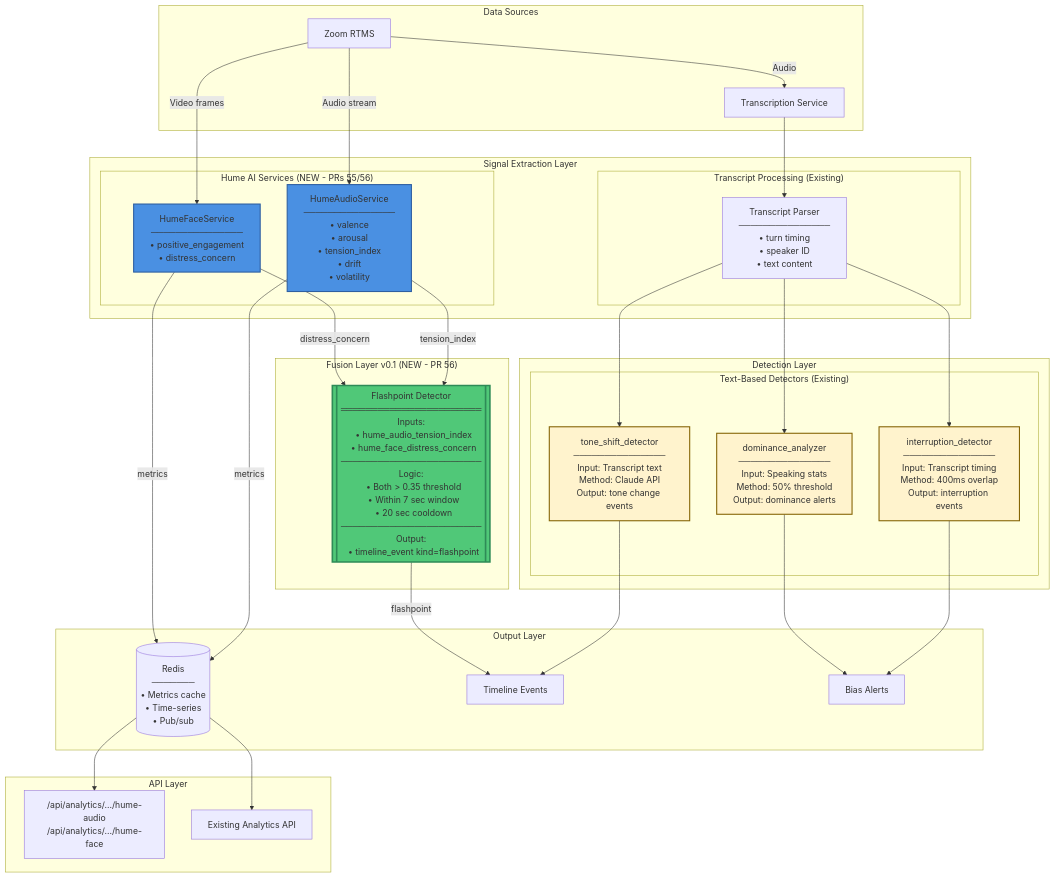
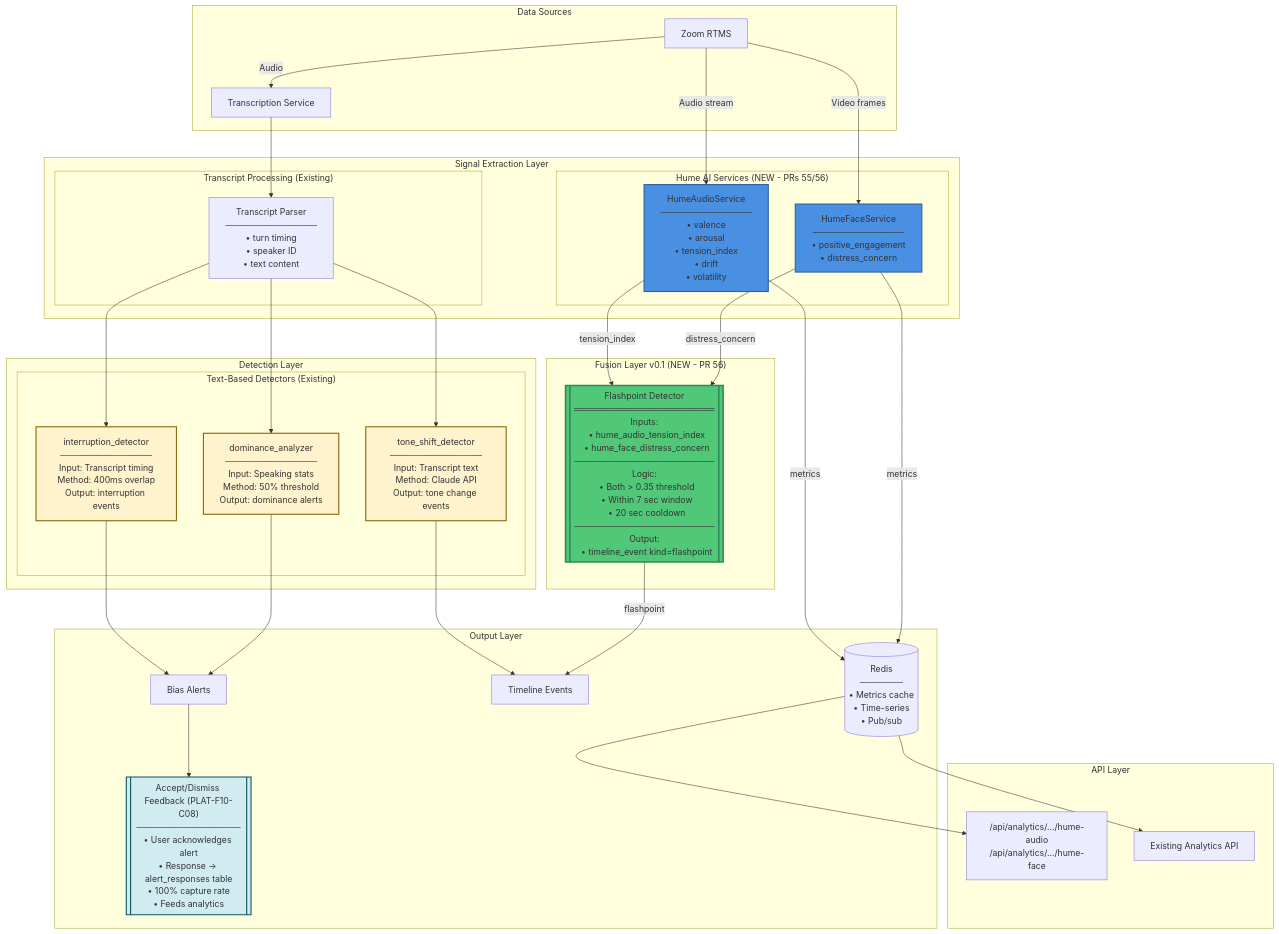
One commit to michael-abdo/task-alignment changed the diagram in all_context/Blueprint Diagrams/chunk2_07_flashpoint_fusion_v1.mmd. Above: the diagram before and after it, drawn with Mermaid. The commit also changed 12 other files, not shown here.

```diff
--- a/all_context/Blueprint Diagrams/chunk2_07_flashpoint_fusion_v1.mmd
+++ b/all_context/Blueprint Diagrams/chunk2_07_flashpoint_fusion_v1.mmd
@@ -1,73 +1,76 @@
 %% Flashpoint Detector: Initial Fusion Layer Implementation (PRs 55/56)
 %% This shows CURRENT STATE after Hume integration, not end-state vision
 
 flowchart TB
     subgraph "Data Sources"
         ZOOM[Zoom RTMS]
         TRANS[Transcription Service]
     end
 
     subgraph "Signal Extraction Layer"
         subgraph "Hume AI Services (NEW - PRs 55/56)"
             HUME_AUDIO[HumeAudioService<br/>───────────────<br/>• valence<br/>• arousal<br/>• tension_index<br/>• drift<br/>• volatility]
             HUME_FACE[HumeFaceService<br/>───────────────<br/>• positive_engagement<br/>• distress_concern]
         end
 
         subgraph "Transcript Processing (Existing)"
             TRANSCRIPT[Transcript Parser<br/>───────────────<br/>• turn timing<br/>• speaker ID<br/>• text content]
         end
     end
 
     subgraph "Detection Layer"
         subgraph "Text-Based Detectors (Existing)"
             INT[interruption_detector<br/>───────────────<br/>Input: Transcript timing<br/>Method: 400ms overlap<br/>Output: interruption events]
             TONE[tone_shift_detector<br/>───────────────<br/>Input: Transcript text<br/>Method: Claude API<br/>Output: tone change events]
             DOM[dominance_analyzer<br/>───────────────<br/>Input: Speaking stats<br/>Method: 50% threshold<br/>Output: dominance alerts]
         end
     end
 
     subgraph "Fusion Layer v0.1 (NEW - PR 56)"
         FLASH[["Flashpoint Detector<br/>═══════════════════════<br/>Inputs:<br/>  • hume_audio_tension_index<br/>  • hume_face_distress_concern<br/>───────────────────────<br/>Logic:<br/>  • Both > 0.35 threshold<br/>  • Within 7 sec window<br/>  • 20 sec cooldown<br/>───────────────────────<br/>Output:<br/>  • timeline_event kind=flashpoint"]]
     end
 
     subgraph "Output Layer"
         REDIS[(Redis<br/>───────<br/>• Metrics cache<br/>• Time-series<br/>• Pub/sub)]
         TIMELINE[Timeline Events]
         ALERTS[Bias Alerts]
+        FEEDBACK[["Accept/Dismiss Feedback (PLAT-F10-C08)<br/>─────────────────<br/>• User acknowledges alert<br/>• Response → alert_responses table<br/>• 100% capture rate<br/>• Feeds analytics"]]
     end
 
     subgraph "API Layer"
         API_HUME["/api/analytics/.../hume-audio<br/>/api/analytics/.../hume-face"]
         API_EXIST[Existing Analytics API]
     end
 
     %% Data flow
     ZOOM -->|Audio stream| HUME_AUDIO
     ZOOM -->|Video frames| HUME_FACE
     ZOOM -->|Audio| TRANS
     TRANS --> TRANSCRIPT
 
     TRANSCRIPT --> INT & TONE & DOM
 
     %% Hume signals to Flashpoint
     HUME_AUDIO -->|tension_index| FLASH
     HUME_FACE -->|distress_concern| FLASH
 
     %% Outputs
     HUME_AUDIO -->|metrics| REDIS
     HUME_FACE -->|metrics| REDIS
     INT --> ALERTS
     TONE --> TIMELINE
     DOM --> ALERTS
     FLASH -->|flashpoint| TIMELINE
 
     REDIS --> API_HUME
     REDIS --> API_EXIST
+    ALERTS --> FEEDBACK
 
     %% Styling
     style FLASH fill:#50c878,stroke:#2e8b57,stroke-width:3px
     style HUME_AUDIO fill:#4a90e2,stroke:#2e5fa1,stroke-width:2px
     style HUME_FACE fill:#4a90e2,stroke:#2e5fa1,stroke-width:2px
     style INT fill:#fff3cd,stroke:#856404,stroke-width:2px
     style TONE fill:#fff3cd,stroke:#856404,stroke-width:2px
     style DOM fill:#fff3cd,stroke:#856404,stroke-width:2px
+    style FEEDBACK fill:#d1ecf1,stroke:#0c5460,stroke-width:2px
```
